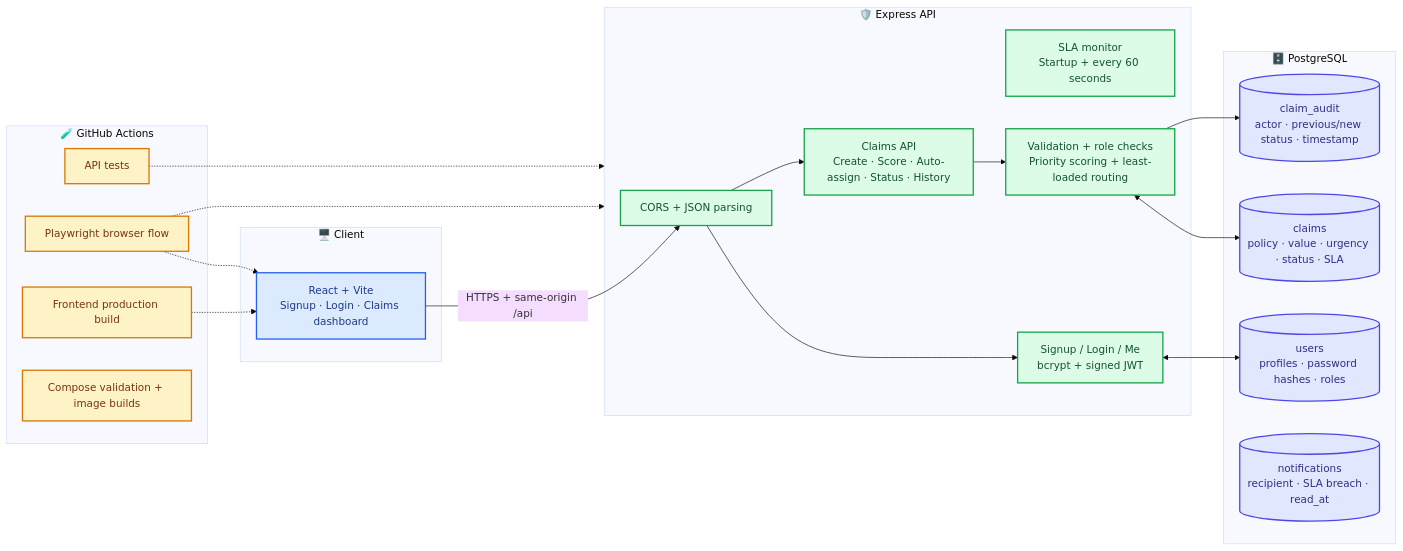
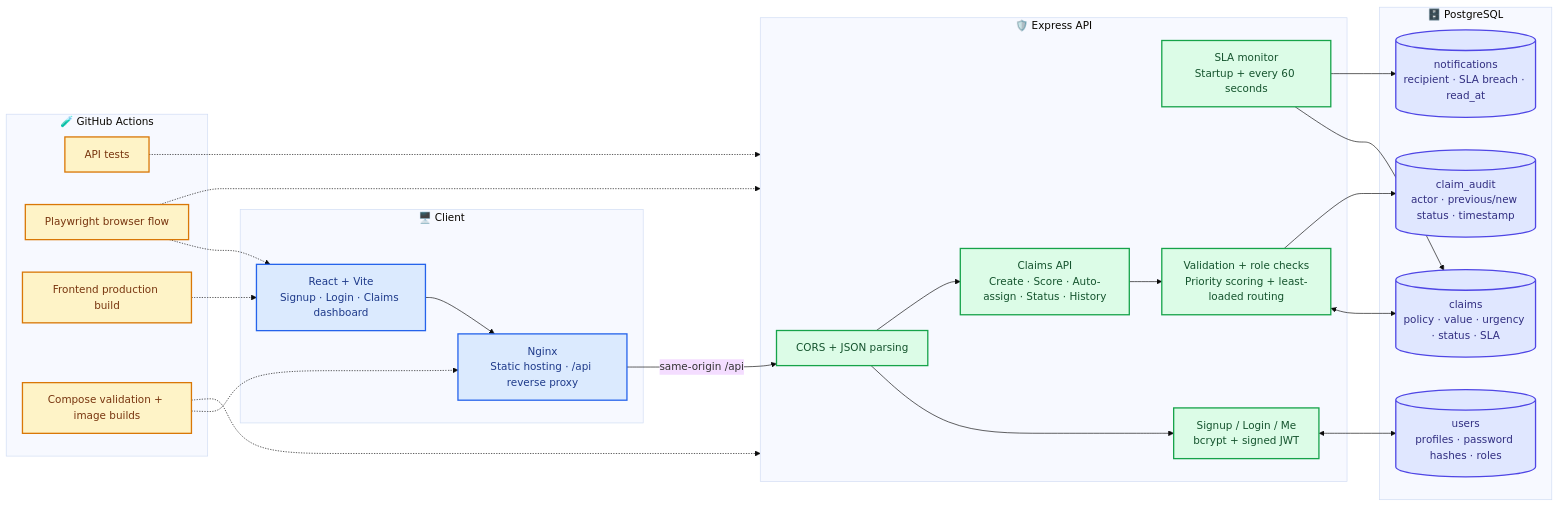
The first of 2 diagrams in README.md (Neemasree/CLAIMSYNC), drawn with Mermaid (base theme) before and after one commit.

Commit message:
docs(architecture): complete runtime and Docker flow diagram

````diff
--- a/README.md
+++ b/README.md
@@ -86,49 +86,55 @@
 ```mermaid
 flowchart LR
   subgraph CLIENT["🖥️ Client"]
     UI["React + Vite<br/>Signup · Login · Claims dashboard"]
+    NGINX["Nginx<br/>Static hosting · /api reverse proxy"]
   end
 
   subgraph SERVER["🛡️ Express API"]
     CORS["CORS + JSON parsing"]
     SLA["SLA monitor<br/>Startup + every 60 seconds"]
     AUTH["Signup / Login / Me<br/>bcrypt + signed JWT"]
     CLAIMS["Claims API<br/>Create · Score · Auto-assign · Status · History"]
     RULES["Validation + role checks<br/>Priority scoring + least-loaded routing"]
   end
 
   subgraph DATA["🗄️ PostgreSQL"]
     USERS[("users<br/>profiles · password hashes · roles")]
     CLAIMDB[("claims<br/>policy · value · urgency · status · SLA")]
     AUDIT[("claim_audit<br/>actor · previous/new status · timestamp")]
     NOTIFY[("notifications<br/>recipient · SLA breach · read_at")]
   end
 
   subgraph QUALITY["🧪 GitHub Actions"]
     API_TEST["API tests"]
     E2E["Playwright browser flow"]
     BUILD["Frontend production build"]
     DOCKER["Compose validation + image builds"]
   end
 
-  UI -->|"HTTPS + same-origin /api"| CORS
+  UI --> NGINX
+  NGINX -->|"same-origin /api"| CORS
   CORS --> AUTH
   CORS --> CLAIMS
   CLAIMS --> RULES
   AUTH <--> USERS
   RULES <--> CLAIMDB
   RULES --> AUDIT
+  SLA --> CLAIMDB
+  SLA --> NOTIFY
   API_TEST -.-> SERVER
   E2E -.-> UI
   E2E -.-> SERVER
   BUILD -.-> UI
+  DOCKER -.-> NGINX
+  DOCKER -.-> SERVER
 
   classDef client fill:#DBEAFE,stroke:#2563EB,color:#1E3A8A,stroke-width:2px
   classDef api fill:#DCFCE7,stroke:#16A34A,color:#14532D,stroke-width:2px
   classDef data fill:#E0E7FF,stroke:#4F46E5,color:#312E81,stroke-width:2px
   classDef quality fill:#FEF3C7,stroke:#D97706,color:#78350F,stroke-width:2px
-  class UI client
+  class UI,NGINX client
   class CORS,AUTH,CLAIMS,RULES,SLA api
   class USERS,CLAIMDB,AUDIT,NOTIFY data
   class API_TEST,E2E,BUILD,DOCKER quality
 ```
````
